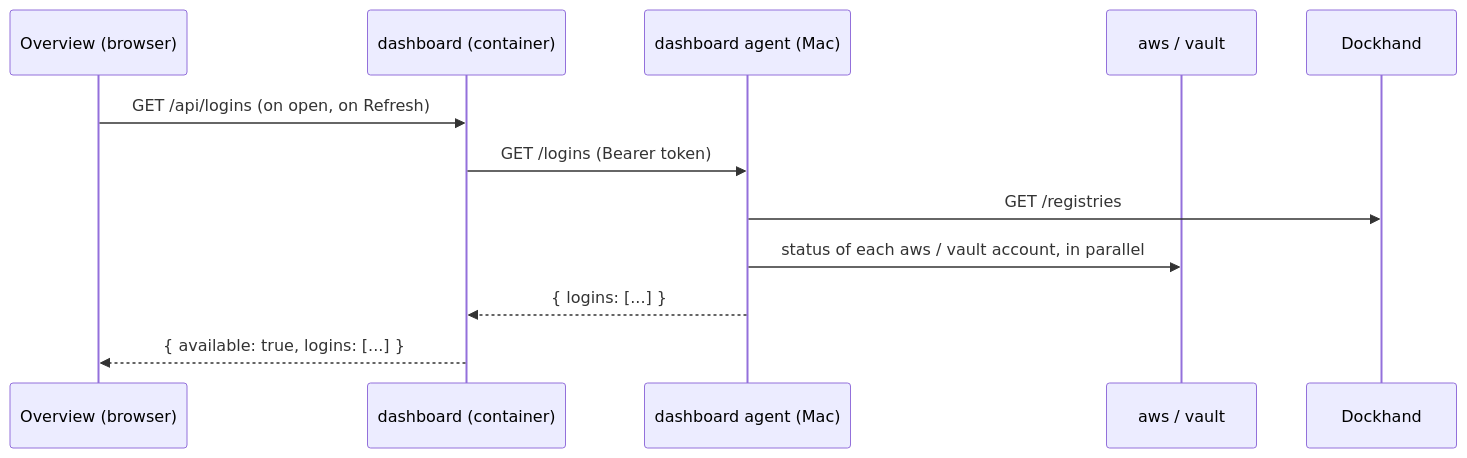
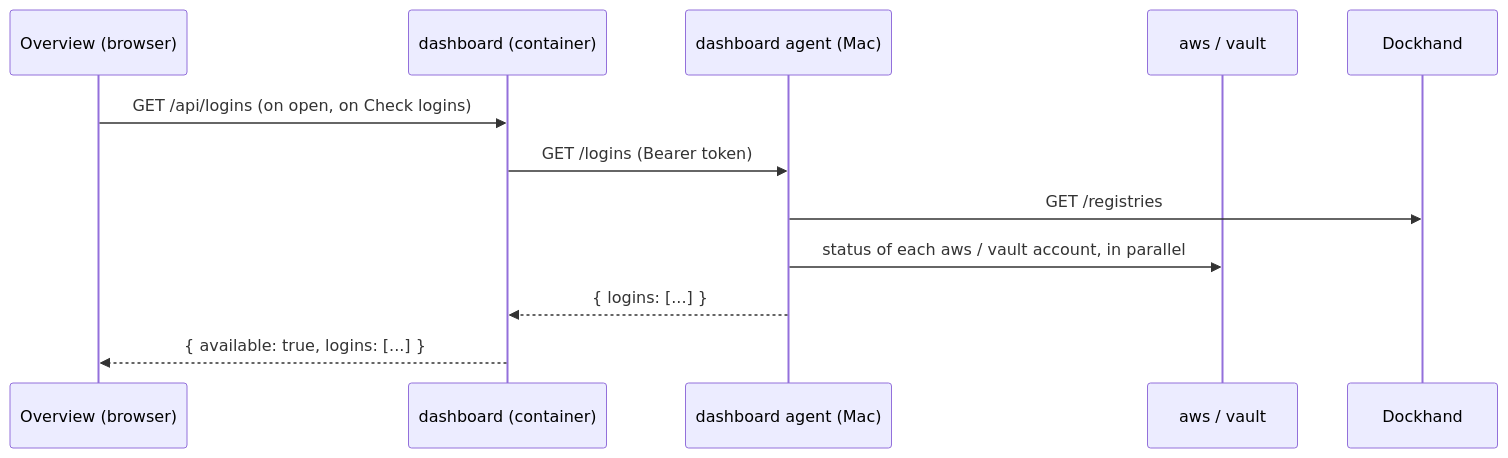
One commit to cgaube/local-env changed the third of 3 diagrams in docs/3-how-it-works/logins.md. Above: the diagram before and after it, drawn with Mermaid. The commit also changed other lines of this file and 29 other files, not shown here.

````diff
--- a/docs/3-how-it-works/logins.md
+++ b/docs/3-how-it-works/logins.md
@@ -275,14 +276,14 @@
 ```mermaid
 sequenceDiagram
   participant Page as Overview (browser)
   participant Dash as dashboard (container)
   participant Agent as dashboard agent (Mac)
   participant CLI as aws / vault
   participant DH as Dockhand
-  Page->>Dash: GET /api/logins (on open, on Refresh)
+  Page->>Dash: GET /api/logins (on open, on Check logins)
   Dash->>Agent: GET /logins (Bearer token)
   Agent->>DH: GET /registries
   Agent->>CLI: status of each aws / vault account, in parallel
   Agent-->>Dash: { logins: [...] }
   Dash-->>Page: { available: true, logins: [...] }
 ```
````
